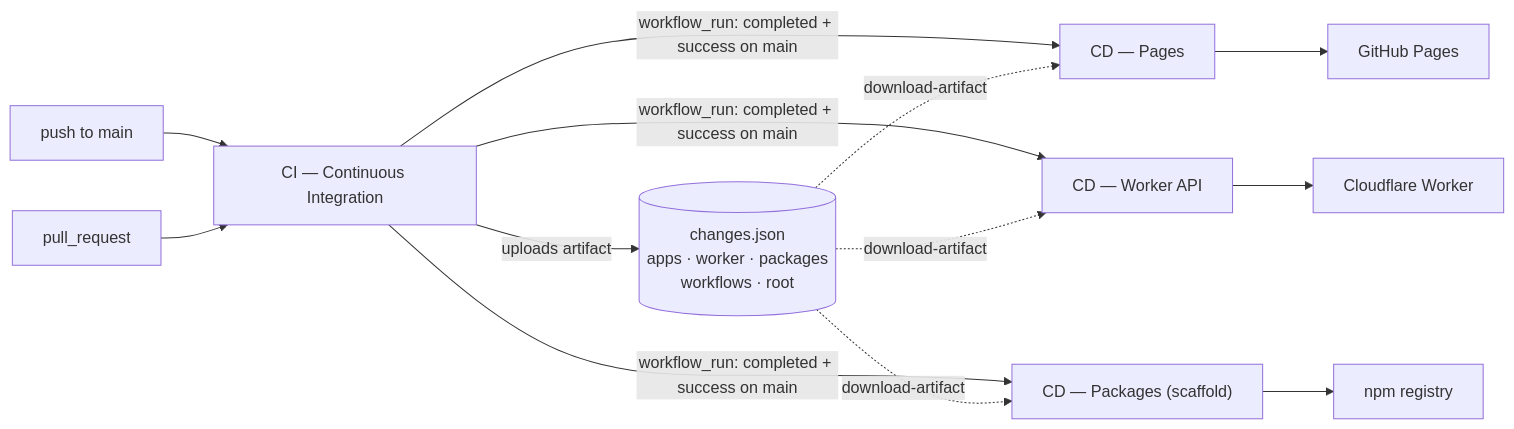
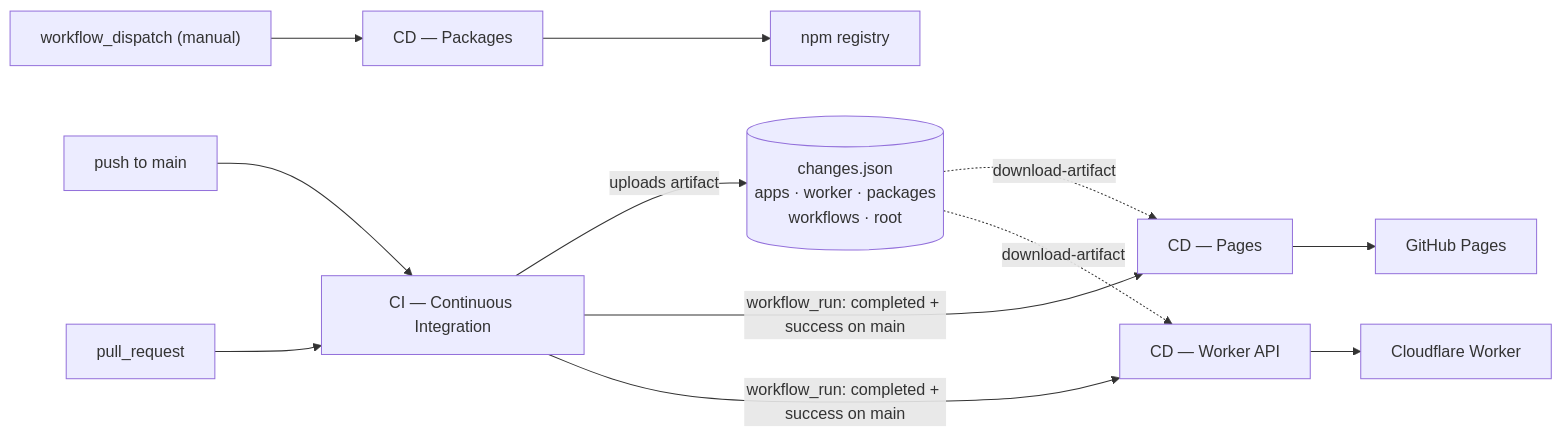
The first of 6 diagrams in .github/workflows/README.md (soroush-tech/soroush.tech), drawn with Mermaid before and after one commit. The commit also changed other lines of this file and 4 other files, not shown here.

First line of the commit message:
chore(CI): add manual npm publish workflow for packages

````diff
--- a/.github/workflows/README.md
+++ b/.github/workflows/README.md
@@ -24,15 +26,14 @@
 ```mermaid
 flowchart LR
     push["push to main"] --> ci["CI — Continuous Integration"]
     pr["pull_request"] --> ci
     ci -->|"uploads artifact"| art[("changes.json<br/>apps · worker · packages<br/>workflows · root")]
     ci -->|"workflow_run: completed + success on main"| cdweb["CD — Pages"]
     ci -->|"workflow_run: completed + success on main"| cdworker["CD — Worker API"]
-    ci -->|"workflow_run: completed + success on main"| cdpkg["CD — Packages (scaffold)"]
     art -.->|"download-artifact"| cdweb
     art -.->|"download-artifact"| cdworker
-    art -.->|"download-artifact"| cdpkg
     cdweb --> pages["GitHub Pages"]
     cdworker --> cf["Cloudflare Worker"]
+    disp["workflow_dispatch (manual)"] --> cdpkg["CD — Packages"]
     cdpkg --> npm["npm registry"]
 ```
````
